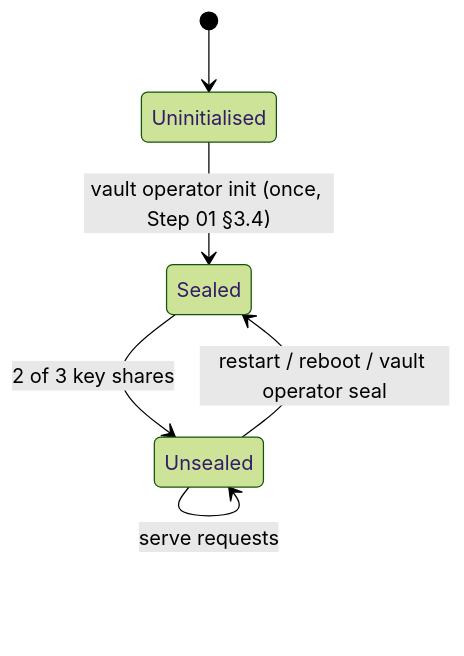
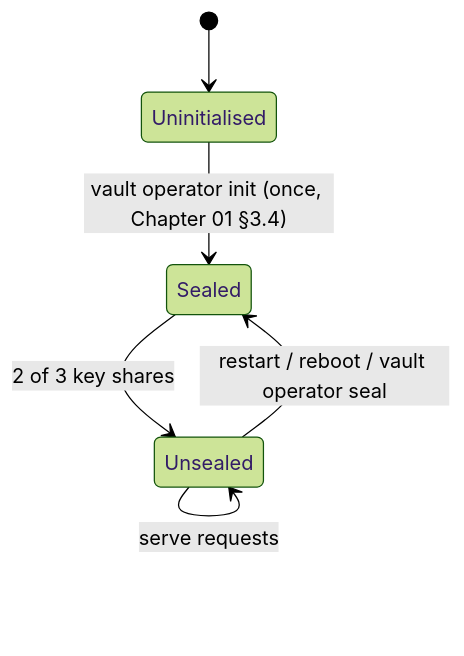
One commit to cloudone365/technical-depth changed the second of 2 diagrams in 01-Ansible/17-vault-server-deep-dive.md. Above: the diagram before and after it, drawn with Mermaid (forest theme). The commit also changed other lines of this file and 242 other files, not shown here.

````diff
--- a/01-Ansible/17-vault-server-deep-dive.md
+++ b/01-Ansible/17-vault-server-deep-dive.md
@@ -89,8 +89,8 @@
 ```mermaid
 stateDiagram-v2
   [*] --> Uninitialised
-  Uninitialised --> Sealed: vault operator init (once, Step 01 §3.4)
+  Uninitialised --> Sealed: vault operator init (once, Chapter 01 §3.4)
   Sealed --> Unsealed: 2 of 3 key shares
   Unsealed --> Sealed: restart / reboot / vault operator seal
   Unsealed --> Unsealed: serve requests
 ```
````
